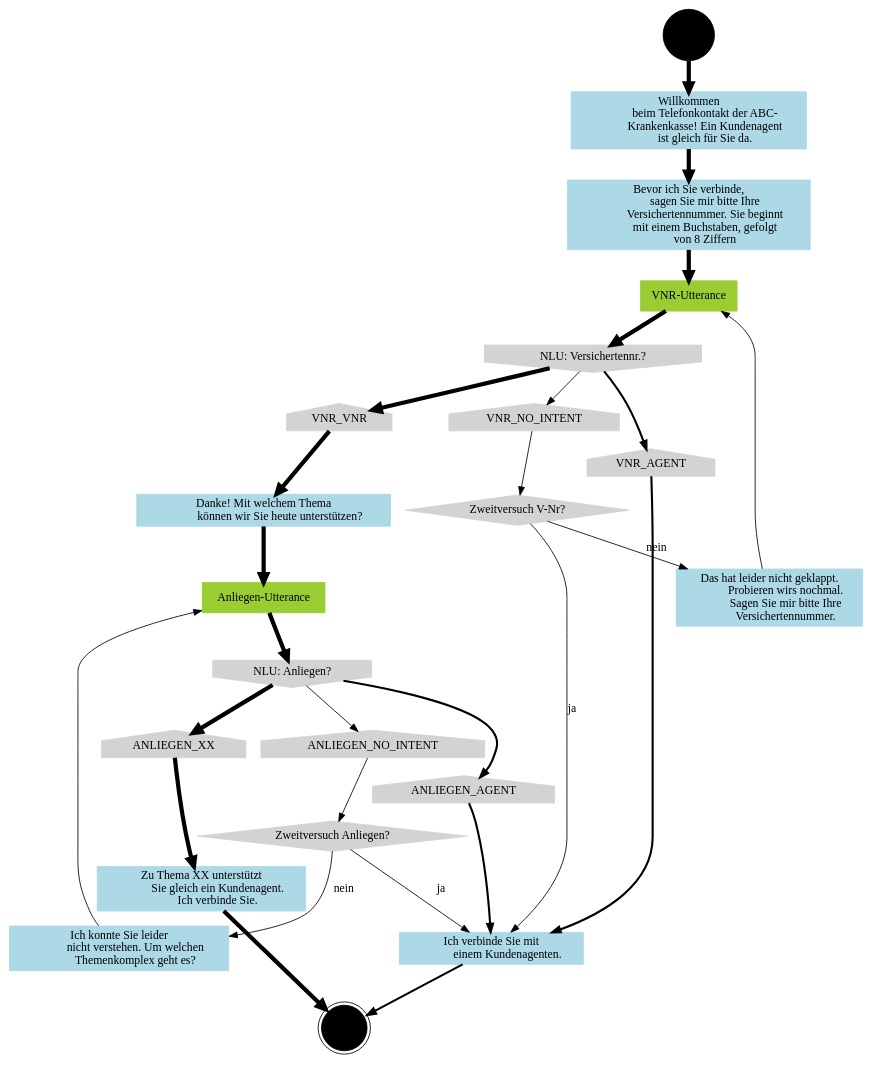
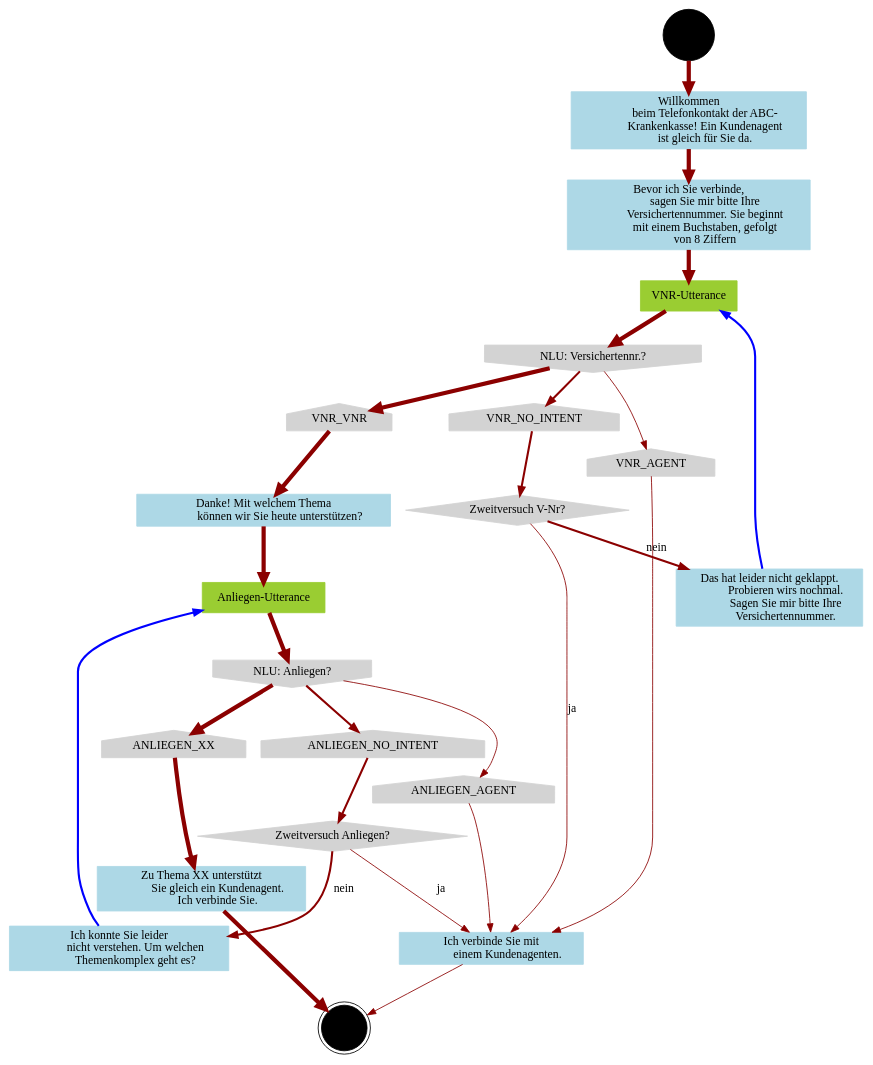
One commit to BrianInGermany/BrianInGermany.github.io changed the diagram in assets/flow_arterial.dot. Above: the diagram before and after it, drawn with Graphviz. The commit also changed 3 other files, not shown here.

```diff
--- a/assets/flow_arterial.dot
+++ b/assets/flow_arterial.dot
@@ -1,96 +1,102 @@
 digraph tel_flow {
     
 // NODE DEFINITIONS
     // start nodes
     // this definition also includes graph-wide definitions for filling and font
     node[style=filled,shape=circle,color=black,fontname="Trebuchet MS"]
         start[shape=circle,color=black]
 
     // end nodes
     node[shape=doublecircle,color=black]
         end[shape=doublecircle,color=black]
 
     // prompt nodes
     node[shape=box,color=lightblue]
         prompt_welcome[label="Willkommen
             beim Telefonkontakt der ABC-
             Krankenkasse! Ein Kundenagent 
             ist gleich für Sie da."]
         prompt_vnr[label="Bevor ich Sie verbinde,
             sagen Sie mir bitte Ihre
             Versichertennummer. Sie beginnt 
             mit einem Buchstaben, gefolgt
             von 8 Ziffern"]
         prompt_vnr_fail[label="Das hat leider nicht geklappt. 
             Probieren wirs nochmal.
             Sagen Sie mir bitte Ihre
             Versichertennummer."]
         prompt_vnr_success[label="Danke! Mit welchem Thema 
             können wir Sie heute unterstützen?"]
         prompt_anliegen_success[label="Zu Thema XX unterstützt 
             Sie gleich ein Kundenagent.
             Ich verbinde Sie."]
         prompt_connect_agent[label="Ich verbinde Sie mit
             einem Kundenagenten."]  
         prompt_nicht_verstanden_anliegen[label="Ich konnte Sie leider
             nicht verstehen. Um welchen 
             Themenkomplex geht es?"]
 
     // utterance nodes
     node[shape=box,color=yellowgreen]
         utterance_vnr[label="VNR-Utterance"]
         utterance_anliegen[label="Anliegen-Utterance"]
 
     // nlu nodes
     node[shape=invhouse,color=lightgray]
         nlu_vnr[label="NLU: Versichertennr.?"]
         nlu_anliegen[label="NLU: Anliegen?"]
 
     // intent nodes
     node[shape=house,color=lightgray]
         intent_vnr_no_intent[label="VNR_NO_INTENT"]
         intent_vnr_agent[label="VNR_AGENT"]
         intent_vnr_vnr[label="VNR_VNR"]
         intent_anliegen_no_intent[label="ANLIEGEN_NO_INTENT"]
         intent_anliegen_agent[label="ANLIEGEN_AGENT"]
         intent_anliegen_xx[label="ANLIEGEN_XX"]
     
     // logic nodes
     node[shape=diamond,color=lightgray]  
         logic_zweitversuch_vnr[label="Zweitversuch V-Nr?"]
         logic_zweitversuch_anliegen[label="Zweitversuch Anliegen?"]
 
 // SUBGRAPH AND CONNECTION DEFINITIONS
+    edge[color=darkred]
     edge[penwidth=5]
     start -> prompt_welcome
     prompt_welcome -> prompt_vnr
     prompt_vnr -> utterance_vnr
     utterance_vnr -> nlu_vnr
     nlu_vnr -> intent_vnr_vnr
     intent_vnr_vnr -> prompt_vnr_success
     prompt_vnr_success -> utterance_anliegen
     utterance_anliegen -> nlu_anliegen
     nlu_anliegen -> intent_anliegen_xx
     intent_anliegen_xx -> prompt_anliegen_success
     prompt_anliegen_success -> end
 
     edge[penwidth=2.5]
+    nlu_anliegen -> intent_anliegen_no_intent
+    intent_anliegen_no_intent -> logic_zweitversuch_anliegen
+    logic_zweitversuch_anliegen -> prompt_nicht_verstanden_anliegen [label="nein",fontname="Trebuchet MS"]
+    nlu_vnr -> intent_vnr_no_intent
+    intent_vnr_no_intent -> logic_zweitversuch_vnr
+    logic_zweitversuch_vnr -> prompt_vnr_fail [label="nein",fontname="Trebuchet MS"]
+
+    edge[color=blue]
+    prompt_nicht_verstanden_anliegen -> utterance_anliegen
+    prompt_vnr_fail -> utterance_vnr
+
+    edge[penwidth=1,color=darkred]
+    logic_zweitversuch_vnr -> prompt_connect_agent [label="ja",fontname="Trebuchet MS"]
+    logic_zweitversuch_anliegen -> prompt_connect_agent [label="ja",fontname="Trebuchet MS"]
     nlu_vnr -> intent_vnr_agent
     intent_vnr_agent -> prompt_connect_agent
     prompt_connect_agent -> end
     nlu_anliegen -> intent_anliegen_agent
     intent_anliegen_agent -> prompt_connect_agent
 
-    edge[penwidth=1]
-    nlu_vnr -> intent_vnr_no_intent
-    intent_vnr_no_intent -> logic_zweitversuch_vnr
-    logic_zweitversuch_vnr -> prompt_vnr_fail [label="nein",fontname="Trebuchet MS"]
-    prompt_vnr_fail -> utterance_vnr
-    nlu_anliegen -> intent_anliegen_no_intent
-    intent_anliegen_no_intent -> logic_zweitversuch_anliegen
-    logic_zweitversuch_anliegen -> prompt_nicht_verstanden_anliegen [label="nein",fontname="Trebuchet MS"]
-    prompt_nicht_verstanden_anliegen -> utterance_anliegen
-    logic_zweitversuch_vnr -> prompt_connect_agent [label="ja",fontname="Trebuchet MS"]
-    logic_zweitversuch_anliegen -> prompt_connect_agent [label="ja",fontname="Trebuchet MS"]
+
+    
 
 }
```
